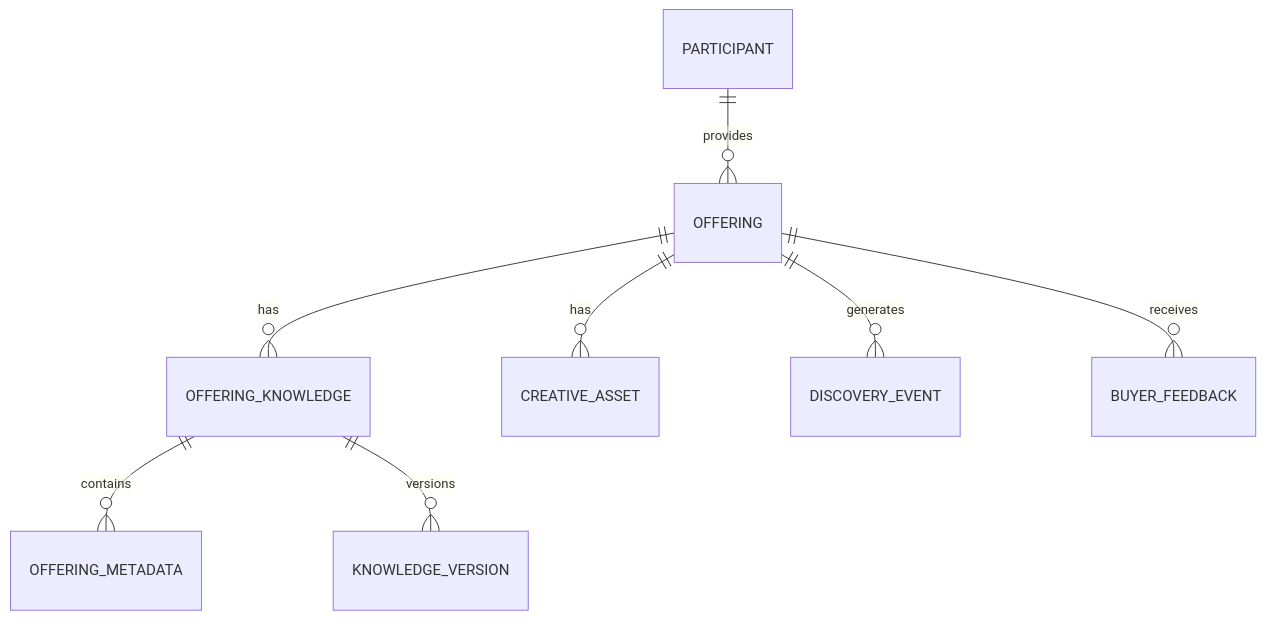
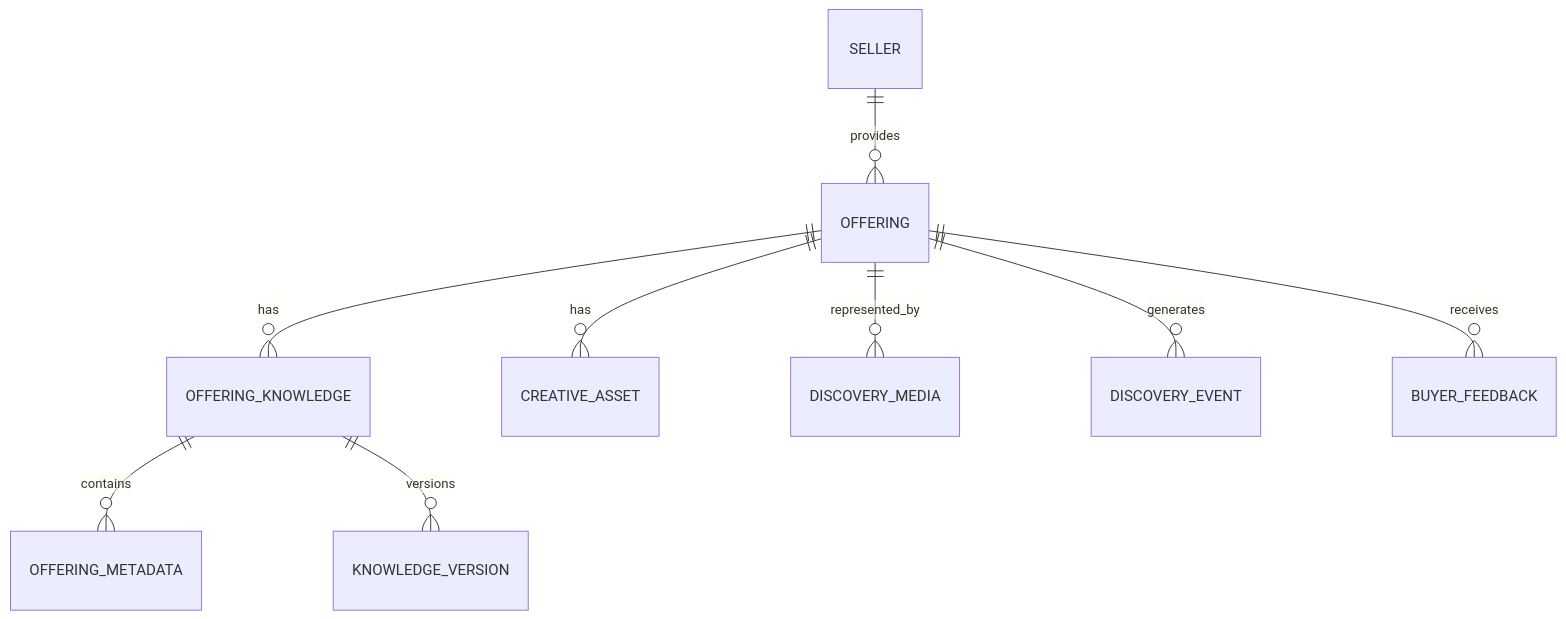
One commit to petkao/pinkcurve-blueprint changed the second of 2 diagrams in docs/04-offering-knowledge.md. Above: the diagram before and after it, drawn with Mermaid. The commit also changed other lines of this file and 4 other files, not shown here.

Commit message:
Align Discovery architecture across blueprint chapters

````diff
--- a/docs/04-offering-knowledge.md
+++ b/docs/04-offering-knowledge.md
@@ -649,10 +751,11 @@
 ```mermaid
 erDiagram
-    PARTICIPANT ||--o{ OFFERING : provides
+    SELLER ||--o{ OFFERING : provides
     OFFERING ||--o{ OFFERING_KNOWLEDGE : has
     OFFERING_KNOWLEDGE ||--o{ OFFERING_METADATA : contains
     OFFERING ||--o{ CREATIVE_ASSET : has
+    OFFERING ||--o{ DISCOVERY_MEDIA : represented_by
     OFFERING ||--o{ DISCOVERY_EVENT : generates
     OFFERING ||--o{ BUYER_FEEDBACK : receives
     OFFERING_KNOWLEDGE ||--o{ KNOWLEDGE_VERSION : versions
 ```
````
